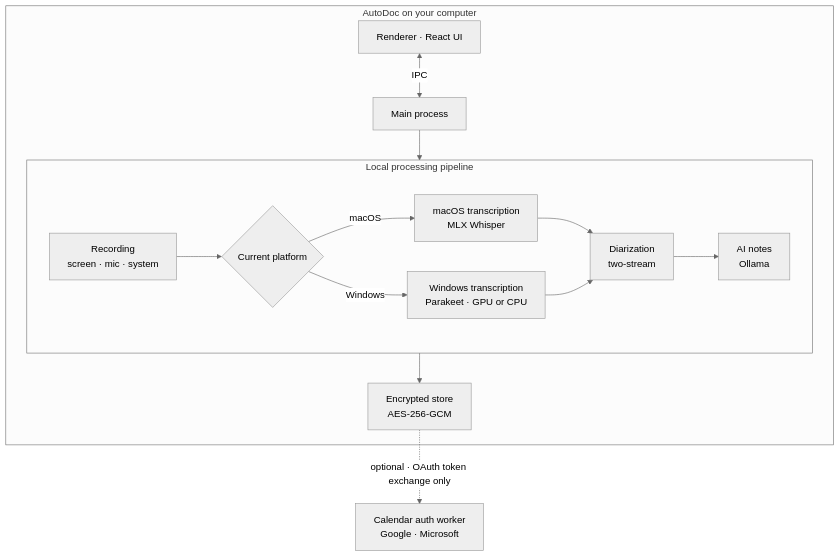
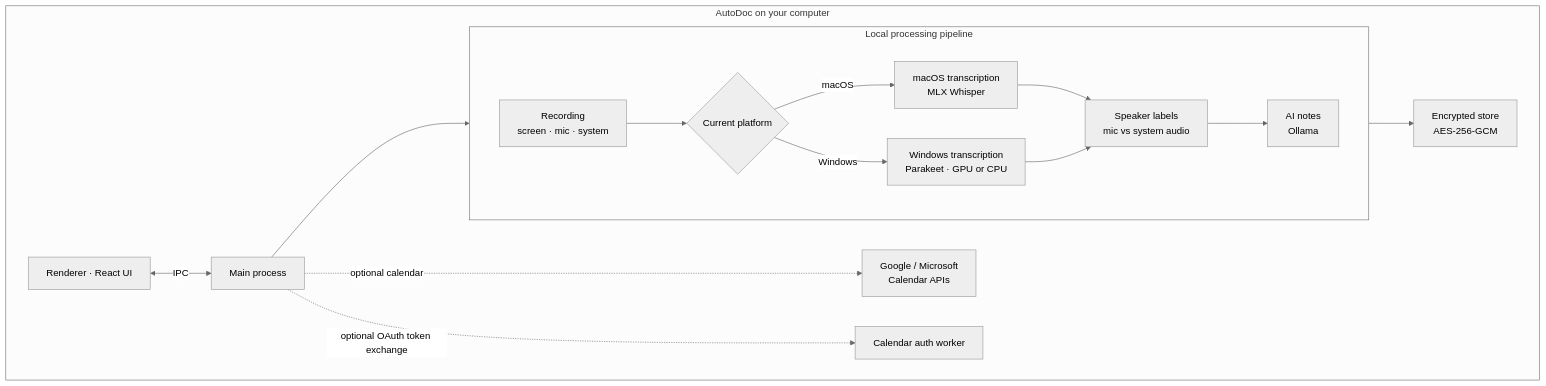
Before and after one commit to DuetDisplay/AutoDoc: the diagram in README.md, drawn with Mermaid (neutral theme). The commit also changed other lines of this file and 1 other file, not shown here.

````diff
--- a/README.md
+++ b/README.md
@@ -206,27 +197,28 @@
 ```mermaid
 flowchart TB
   subgraph app["AutoDoc on your computer"]
     UI["Renderer · React UI"] <-->|IPC| Main["Main process"]
 
     subgraph pipeline["Local processing pipeline"]
       direction LR
       Rec["Recording<br/>screen · mic · system"]
       Platform{"Current platform"}
       MacTrans["macOS transcription<br/>MLX Whisper"]
       WinTrans["Windows transcription<br/>Parakeet · GPU or CPU"]
-      Diar["Diarization<br/>two-stream"]
+      Labels["Speaker labels<br/>mic vs system audio"]
       Notes["AI notes<br/>Ollama"]
     end
 
     Main --> Rec
     Rec --> Platform
     Platform -->|macOS| MacTrans
     Platform -->|Windows| WinTrans
-    MacTrans --> Diar
-    WinTrans --> Diar
-    Diar --> Notes
+    MacTrans --> Labels
+    WinTrans --> Labels
+    Labels --> Notes
     Notes --> Store["Encrypted store<br/>AES-256-GCM"]
+
+    Main -.->|"optional calendar"| Cal["Google / Microsoft<br/>Calendar APIs"]
+    Main -.->|"optional OAuth token exchange"| Auth["Calendar auth worker"]
   end
-
-  Store -.->|"optional · OAuth token exchange only"| Auth["Calendar auth worker<br/>Google · Microsoft"]
 ```
````
